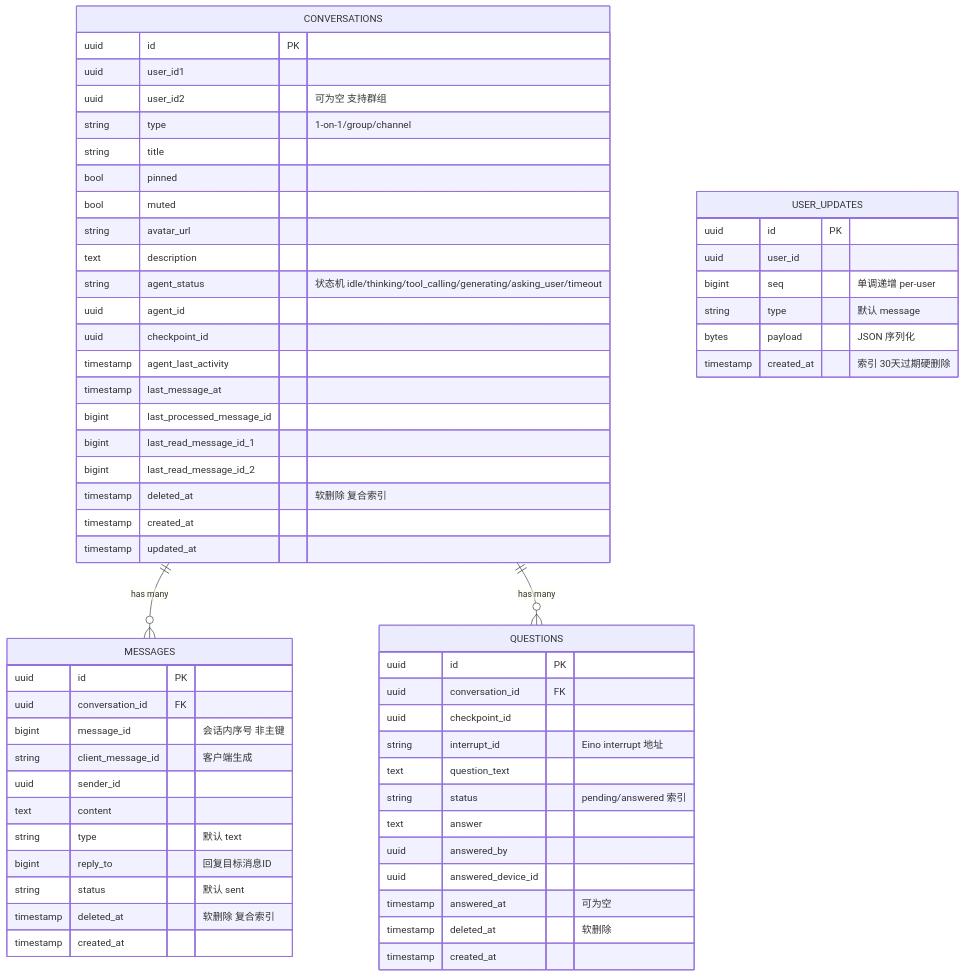
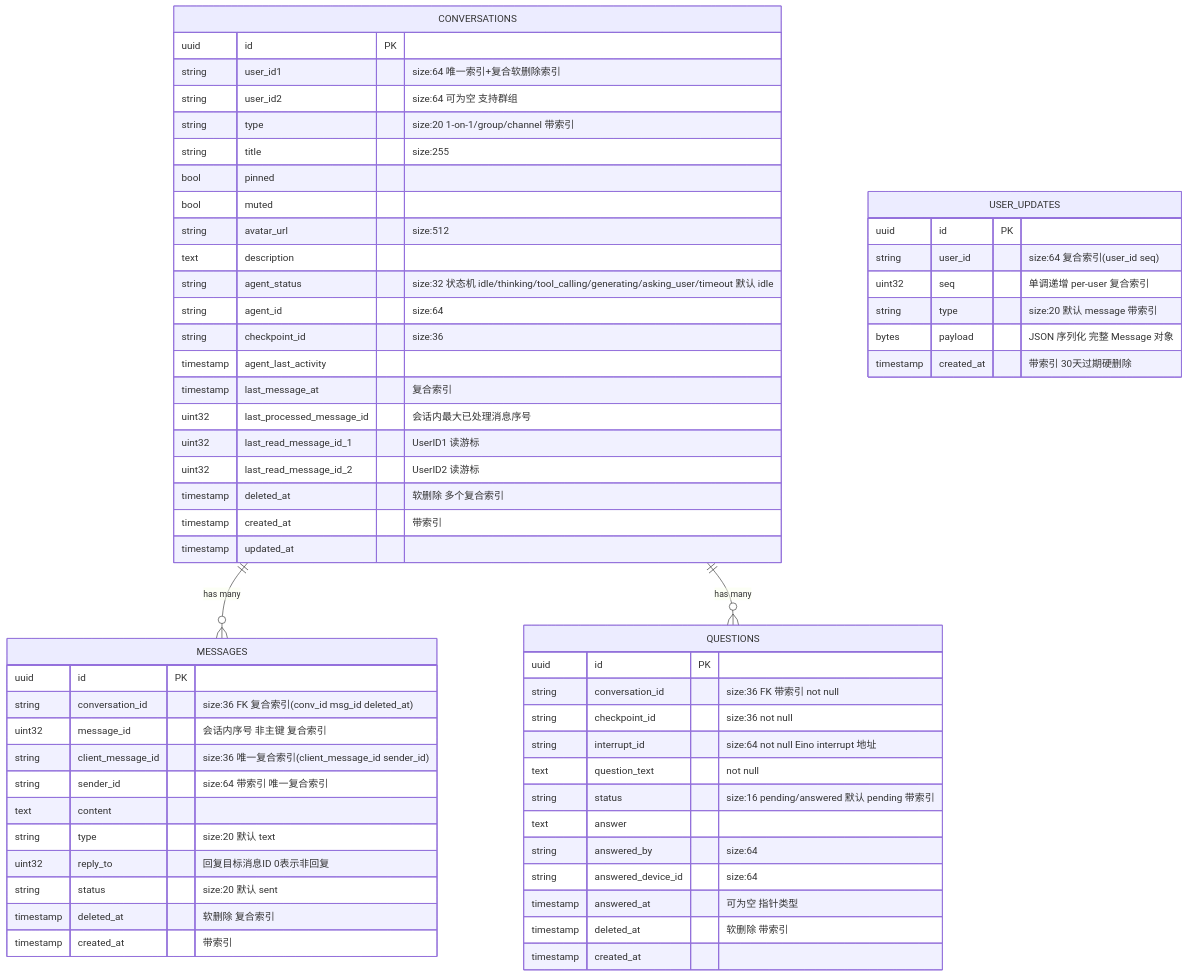
Before and after one commit to PineappleBond/xyncra-server: diagram 12 of 12 in wiki/flows/storage.md, drawn with Mermaid. The commit also changed other lines of this file and 16 other files, not shown here.

First line of the commit message:
docs(wiki): comprehensive review and fix of all flow documents

````diff
--- a/wiki/flows/storage.md
+++ b/wiki/flows/storage.md
@@ -580,66 +618,66 @@
 ```mermaid
 erDiagram
     CONVERSATIONS {
         uuid id PK
-        uuid user_id1
-        uuid user_id2 "可为空 支持群组"
-        string type "1-on-1/group/channel"
-        string title
+        string user_id1 "size:64 唯一索引+复合软删除索引"
+        string user_id2 "size:64 可为空 支持群组"
+        string type "size:20 1-on-1/group/channel 带索引"
+        string title "size:255"
         bool pinned
         bool muted
-        string avatar_url
+        string avatar_url "size:512"
         text description
-        string agent_status "状态机 idle/thinking/tool_calling/generating/asking_user/timeout"
-        uuid agent_id
-        uuid checkpoint_id
+        string agent_status "size:32 状态机 idle/thinking/tool_calling/generating/asking_user/timeout 默认 idle"
+        string agent_id "size:64"
+        string checkpoint_id "size:36"
         timestamp agent_last_activity
-        timestamp last_message_at
-        bigint last_processed_message_id
-        bigint last_read_message_id_1
-        bigint last_read_message_id_2
-        timestamp deleted_at "软删除 复合索引"
-        timestamp created_at
+        timestamp last_message_at "复合索引"
+        uint32 last_processed_message_id "会话内最大已处理消息序号"
+        uint32 last_read_message_id_1 "UserID1 读游标"
+        uint32 last_read_message_id_2 "UserID2 读游标"
+        timestamp deleted_at "软删除 多个复合索引"
+        timestamp created_at "带索引"
         timestamp updated_at
     }
 
     MESSAGES {
         uuid id PK
-        uuid conversation_id FK
-        bigint message_id "会话内序号 非主键"
-        string client_message_id "客户端生成"
-        uuid sender_id
+        string conversation_id "size:36 FK 复合索引(conv_id msg_id deleted_at)"
+        uint32 message_id "会话内序号 非主键 复合索引"
+        string client_message_id "size:36 唯一复合索引(client_message_id sender_id)"
+        string sender_id "size:64 带索引 唯一复合索引"
         text content
-        string type "默认 text"
-        bigint reply_to "回复目标消息ID"
-        string status "默认 sent"
+        string type "size:20 默认 text"
+        uint32 reply_to "回复目标消息ID 0表示非回复"
+        string status "size:20 默认 sent"
         timestamp deleted_at "软删除 复合索引"
-        timestamp created_at
+        timestamp created_at "带索引"
     }
 
     USER_UPDATES {
         uuid id PK
-        uuid user_id
-        bigint seq "单调递增 per-user"
-        string type "默认 message"
-        bytes payload "JSON 序列化"
-        timestamp created_at "索引 30天过期硬删除"
+        string user_id "size:64 复合索引(user_id seq)"
+        uint32 seq "单调递增 per-user 复合索引"
+        string type "size:20 默认 message 带索引"
+        bytes payload "JSON 序列化 完整 Message 对象"
+        timestamp created_at "带索引 30天过期硬删除"
     }
 
     QUESTIONS {
         uuid id PK
-        uuid conversation_id FK
-        uuid checkpoint_id
-        string interrupt_id "Eino interrupt 地址"
-        text question_text
-        string status "pending/answered 索引"
+        string conversation_id "size:36 FK 带索引 not null"
+        string checkpoint_id "size:36 not null"
+        string interrupt_id "size:64 not null Eino interrupt 地址"
+        text question_text "not null"
+        string status "size:16 pending/answered 默认 pending 带索引"
         text answer
-        uuid answered_by
-        uuid answered_device_id
-        timestamp answered_at "可为空"
-        timestamp deleted_at "软删除"
+        string answered_by "size:64"
+        string answered_device_id "size:64"
+        timestamp answered_at "可为空 指针类型"
+        timestamp deleted_at "软删除 带索引"
         timestamp created_at
     }
 
     CONVERSATIONS ||--o{ MESSAGES : "has many"
     CONVERSATIONS ||--o{ QUESTIONS : "has many"
 ```
````
